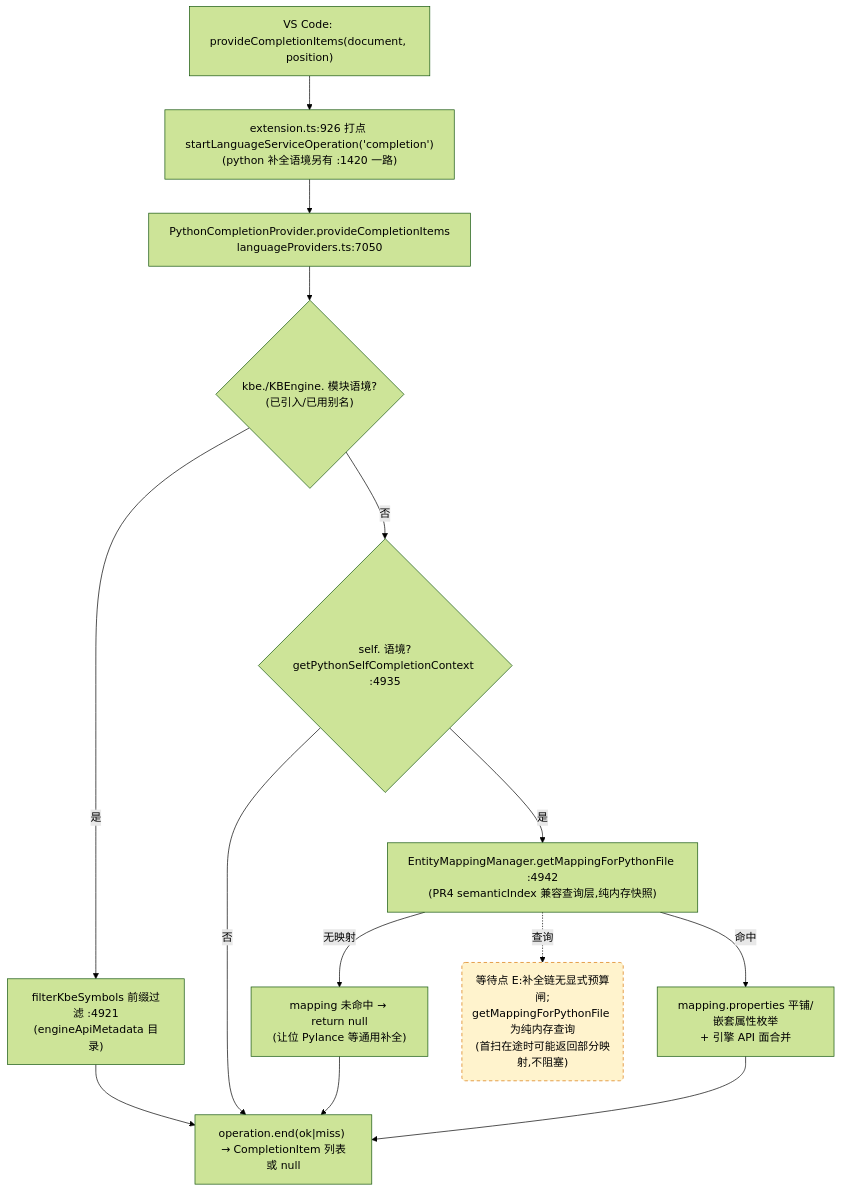
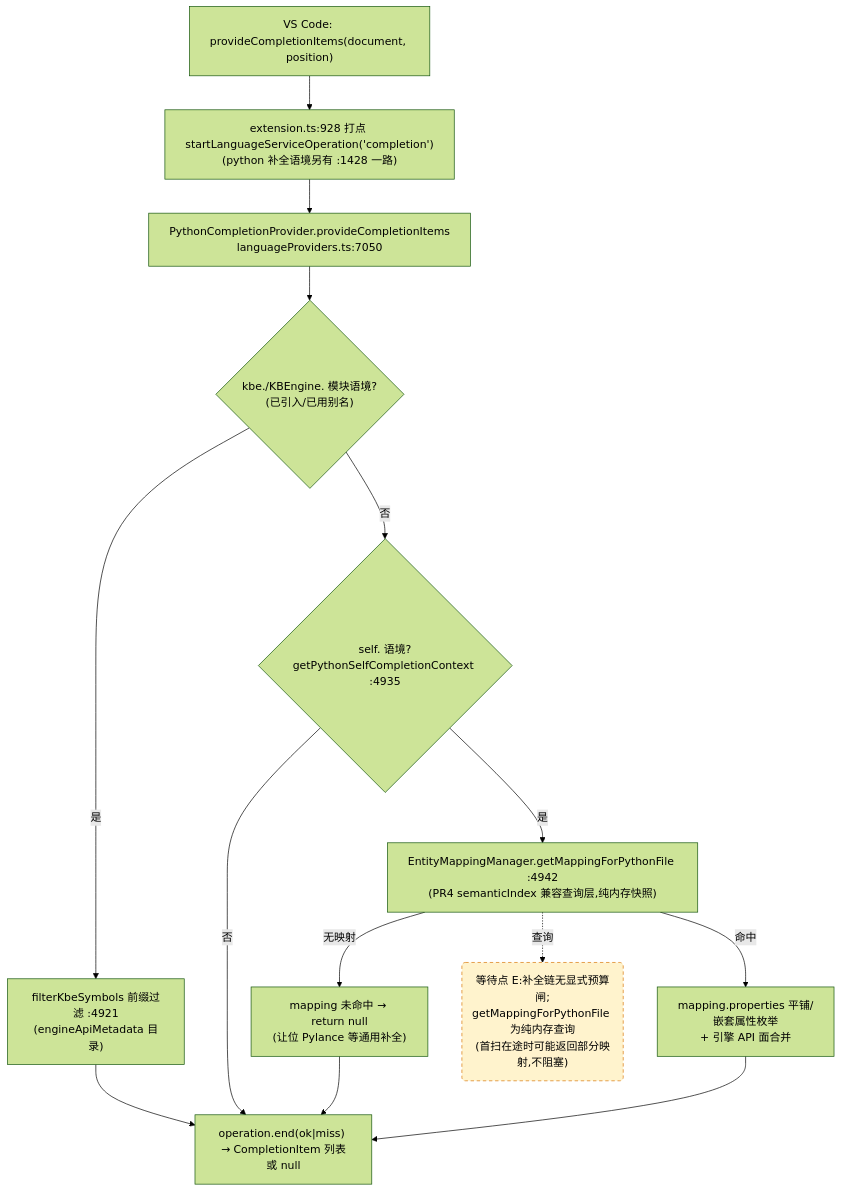
One commit to cuihairu/kode changed the third of 4 diagrams in docs/perf/2026-baseline.md. Above: the diagram before and after it, drawn with Mermaid (forest theme). The commit also changed other lines of this file and 1 other file, not shown here.

First line of the commit message:
test: re-probe perf doc anchors to current extension.ts lines

````diff
--- a/docs/perf/2026-baseline.md
+++ b/docs/perf/2026-baseline.md
@@ -184,27 +184,27 @@
 ```mermaid
 flowchart TD
   VC3["VS Code: provideCompletionItems(document, position)"]
-  M3["extension.ts:926 打点 startLanguageServiceOperation('completion')<br/>(python 补全语境另有 :1420 一路)"]
+  M3["extension.ts:928 打点 startLanguageServiceOperation('completion')<br/>(python 补全语境另有 :1428 一路)"]
   CP["PythonCompletionProvider.provideCompletionItems<br/>languageProviders.ts:7050"]
   KBEC{"kbe./KBEngine. 模块语境?<br/>(已引入/已用别名)"}
   FILTER["filterKbeSymbols 前缀过滤 :4921<br/>(engineApiMetadata 目录)"]
   SELFC{"self. 语境?<br/>getPythonSelfCompletionContext :4935"}
   MAP["EntityMappingManager.getMappingForPythonFile :4942<br/>(PR4 semanticIndex 兼容查询层,纯内存快照)"]
   NOMAP["mapping 未命中 → return null<br/>(让位 Pylance 等通用补全)"]
   PROPS["mapping.properties 平铺/嵌套属性枚举<br/>+ 引擎 API 面合并"]
   END3["operation.end(ok|miss) → CompletionItem 列表或 null"]
 
   VC3 --> M3 --> CP --> KBEC
   KBEC -- "是" --> FILTER --> END3
   KBEC -- "否" --> SELFC
   SELFC -- "否" --> END3
   SELFC -- "是" --> MAP
   MAP -- "无映射" --> NOMAP --> END3
   MAP -- "命中" --> PROPS --> END3
 
   WAITE("等待点 E:补全链无显式预算闸;<br/>getMappingForPythonFile 为纯内存查询<br/>(首扫在途时可能返回部分映射,不阻塞)")
   MAP -.->|查询| WAITE
 
   classDef waitPoint fill:#fff3cd,stroke:#d97706,stroke-dasharray:5 4;
   class WAITE waitPoint;
 ```
````
